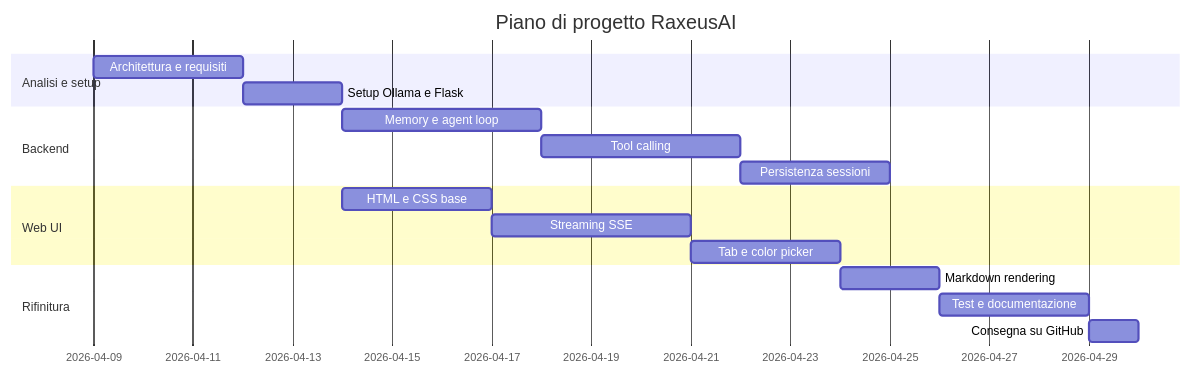
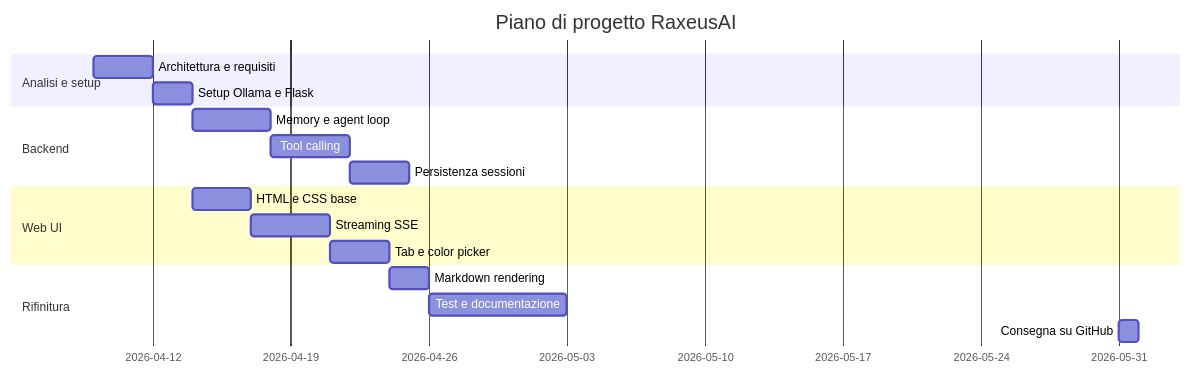
The third of 3 diagrams in REQUISITI_PROGETTO.md (AlbertoBruscoliniMain/RaxeusAI), drawn with Mermaid before and after one commit. The commit also changed other lines of this file, not shown here.

````diff
--- a/REQUISITI_PROGETTO.md
+++ b/REQUISITI_PROGETTO.md
@@ -232,20 +237,20 @@
 ```mermaid
 gantt
     dateFormat  YYYY-MM-DD
     title Piano di progetto RaxeusAI
     section Analisi e setup
     Architettura e requisiti       :a1, 2026-04-09, 3d
     Setup Ollama e Flask           :a2, after a1, 2d
     section Backend
     Memory e agent loop            :b1, after a2, 4d
     Tool calling                   :b2, after b1, 4d
     Persistenza sessioni           :b3, after b2, 3d
     section Web UI
     HTML e CSS base                :c1, after a2, 3d
     Streaming SSE                  :c2, after c1, 4d
     Tab e color picker             :c3, after c2, 3d
     section Rifinitura
     Markdown rendering             :d1, after c3, 2d
-    Test e documentazione          :d2, after d1, 3d
-    Consegna su GitHub             :d3, after d2, 1d
+    Test e documentazione          :d2, after d1, 7d
+    Consegna su GitHub             :d3, 2026-05-31, 1d
 ```
````
